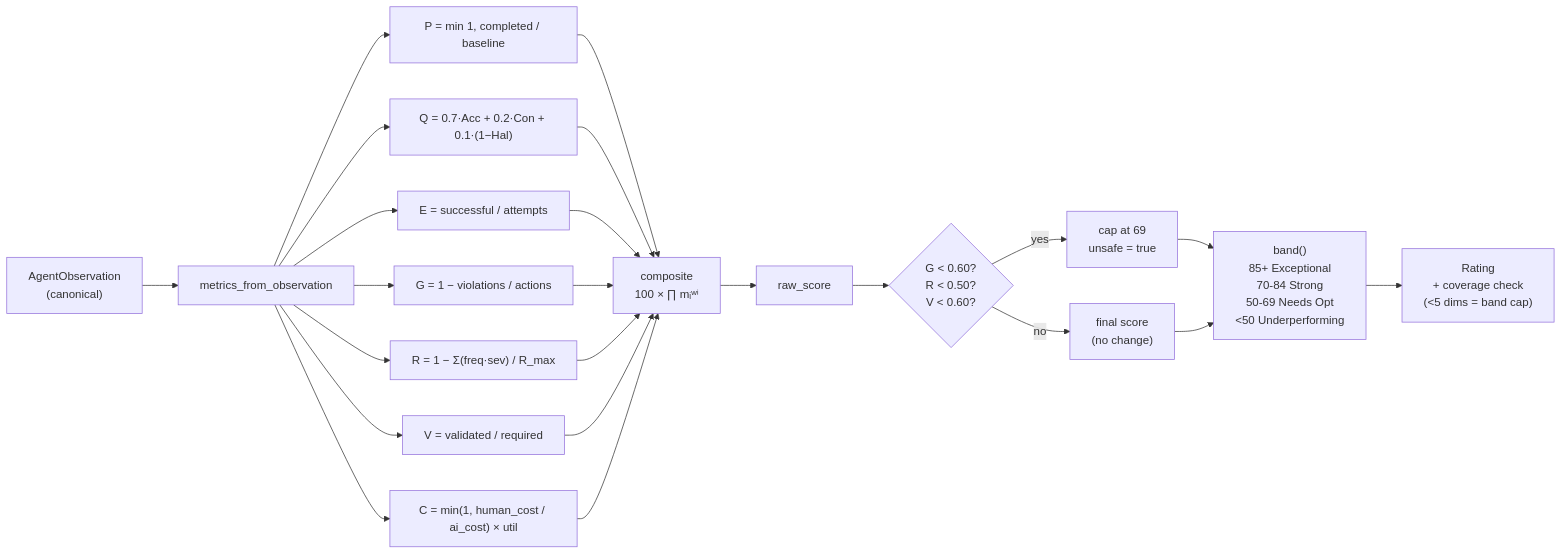
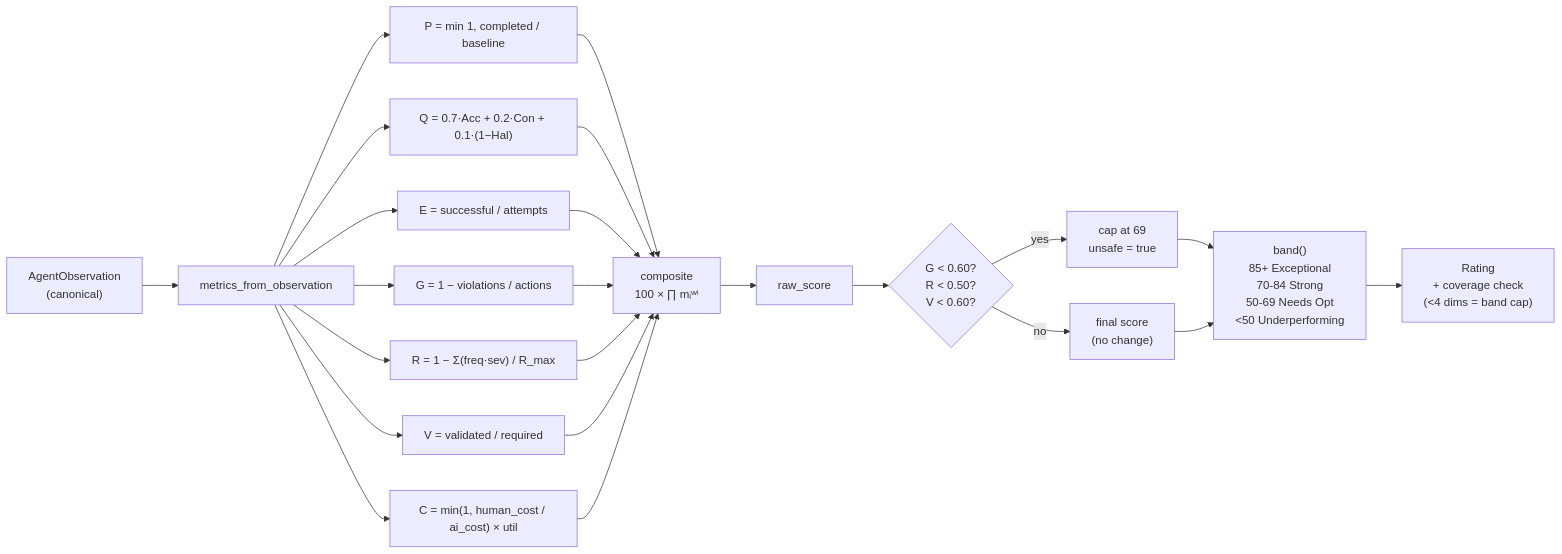
One commit to phanindraintelligenzit-afk/widget changed the fourth of 6 diagrams in README.md. Above: the diagram before and after it, drawn with Mermaid. The commit also changed other lines of this file and 11 other files, not shown here.

````diff
--- a/README.md
+++ b/README.md
@@ -292,31 +449,31 @@
 ```mermaid
 flowchart LR
     Obs["AgentObservation<br/>(canonical)"] --> Pull["metrics_from_observation"]
 
     Pull --> P["P = min 1, completed / baseline"]
     Pull --> Q["Q = 0.7·Acc + 0.2·Con + 0.1·(1−Hal)"]
     Pull --> E["E = successful / attempts"]
     Pull --> G["G = 1 − violations / actions"]
     Pull --> R["R = 1 − Σ(freq·sev) / R_max"]
     Pull --> V["V = validated / required"]
     Pull --> C["C = min(1, human_cost / ai_cost) × util"]
 
     P --> GM
     Q --> GM
     E --> GM
     G --> GM
     R --> GM
     V --> GM
     C --> GM
 
     GM["composite<br/>100 × ∏ mᵢʷⁱ"] --> Raw["raw_score"]
 
     Raw --> Gate{"G < 0.60?<br/>R < 0.50?<br/>V < 0.60?"}
     Gate -->|no| Final["final score<br/>(no change)"]
     Gate -->|yes| Cap["cap at 69<br/>unsafe = true"]
 
     Cap --> Band
     Final --> Band["band()<br/>85+ Exceptional<br/>70-84 Strong<br/>50-69 Needs Opt<br/><50 Underperforming"]
 
-    Band --> Rating["Rating<br/>+ coverage check<br/>(<5 dims = band cap)"]
+    Band --> Rating["Rating<br/>+ coverage check<br/>(<4 dims = band cap)"]
 ```
````
